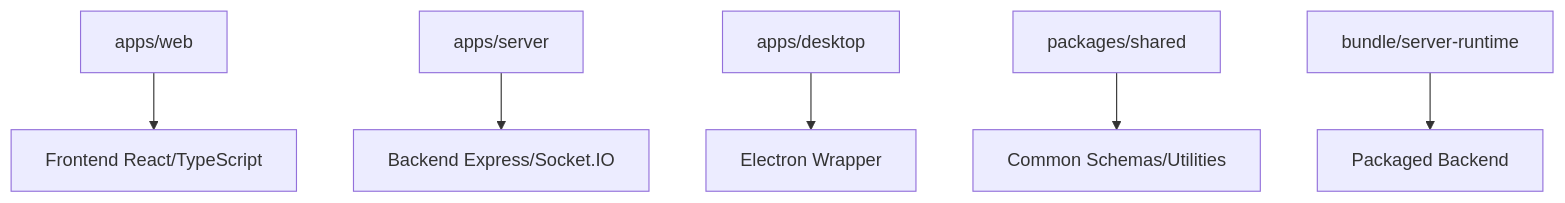
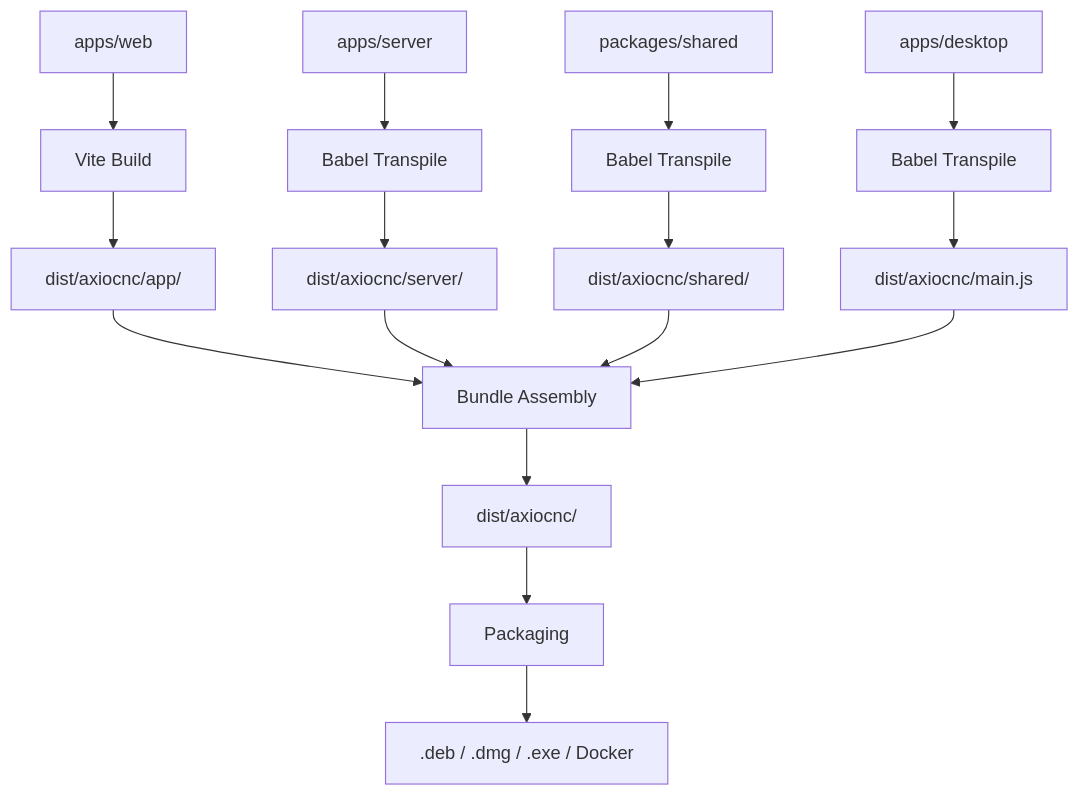
The diagram in website/docs/developer/docs/repo-layout.md (isaiah001/AxioCNC), drawn with Mermaid before and after one commit. The commit also changed other lines of this file and 7 other files, not shown here.

First line of the commit message:
docs(dev): complete repo-layout documentation and enable Mermaid diagrams

````diff
--- a/website/docs/developer/docs/repo-layout.md
+++ b/website/docs/developer/docs/repo-layout.md
@@ -27,8 +136,18 @@
 ```mermaid
 graph TD
-    A[apps/web] --> B[Frontend React/TypeScript]
-    C[apps/server] --> D[Backend Express/Socket.IO]
-    E[apps/desktop] --> F[Electron Wrapper]
-    G[packages/shared] --> H[Common Schemas/Utilities]
-    I[bundle/server-runtime] --> J[Packaged Backend]
+    A[apps/web] --> B[Vite Build]
+    B --> C[dist/axiocnc/app/]
+    D[apps/server] --> E[Babel Transpile]
+    E --> F[dist/axiocnc/server/]
+    G[packages/shared] --> H[Babel Transpile]
+    H --> I[dist/axiocnc/shared/]
+    J[apps/desktop] --> K[Babel Transpile]
+    K --> L[dist/axiocnc/main.js]
+    C --> M[Bundle Assembly]
+    F --> M
+    I --> M
+    L --> M
+    M --> N[dist/axiocnc/]
+    N --> O[Packaging]
+    O --> P[.deb / .dmg / .exe / Docker]
 ```
````
